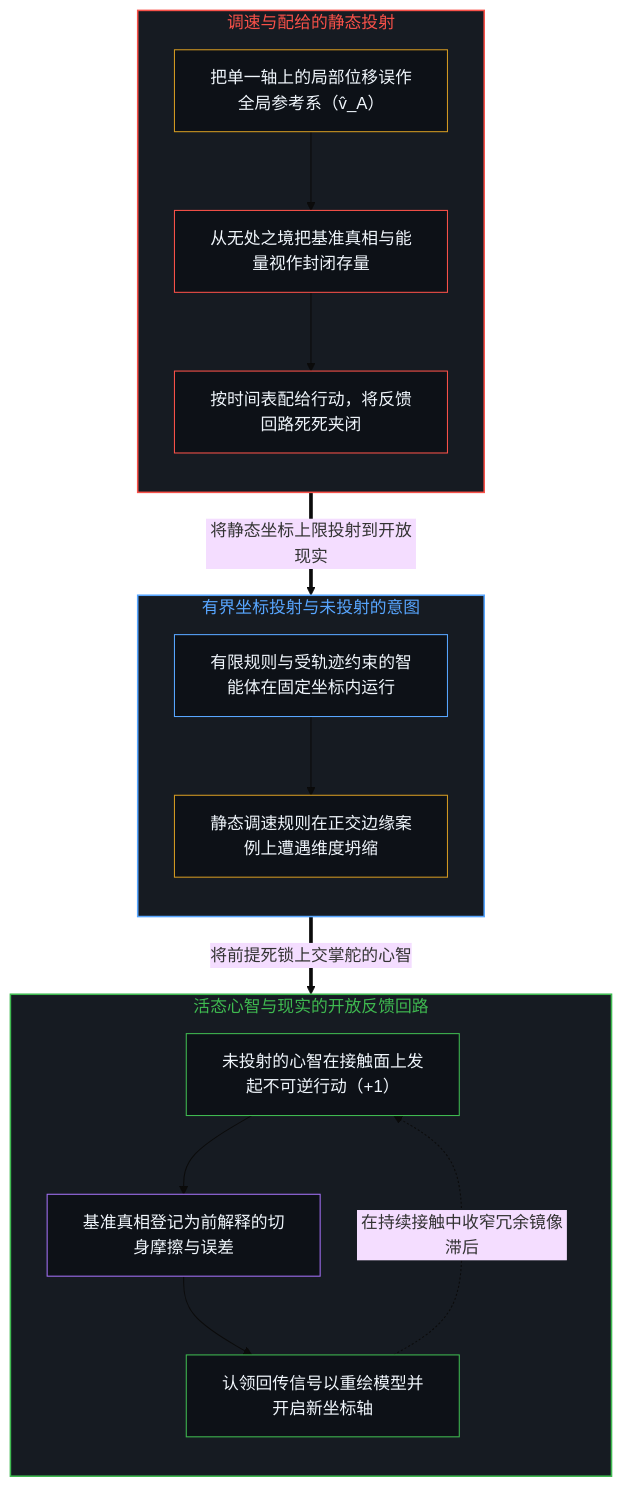
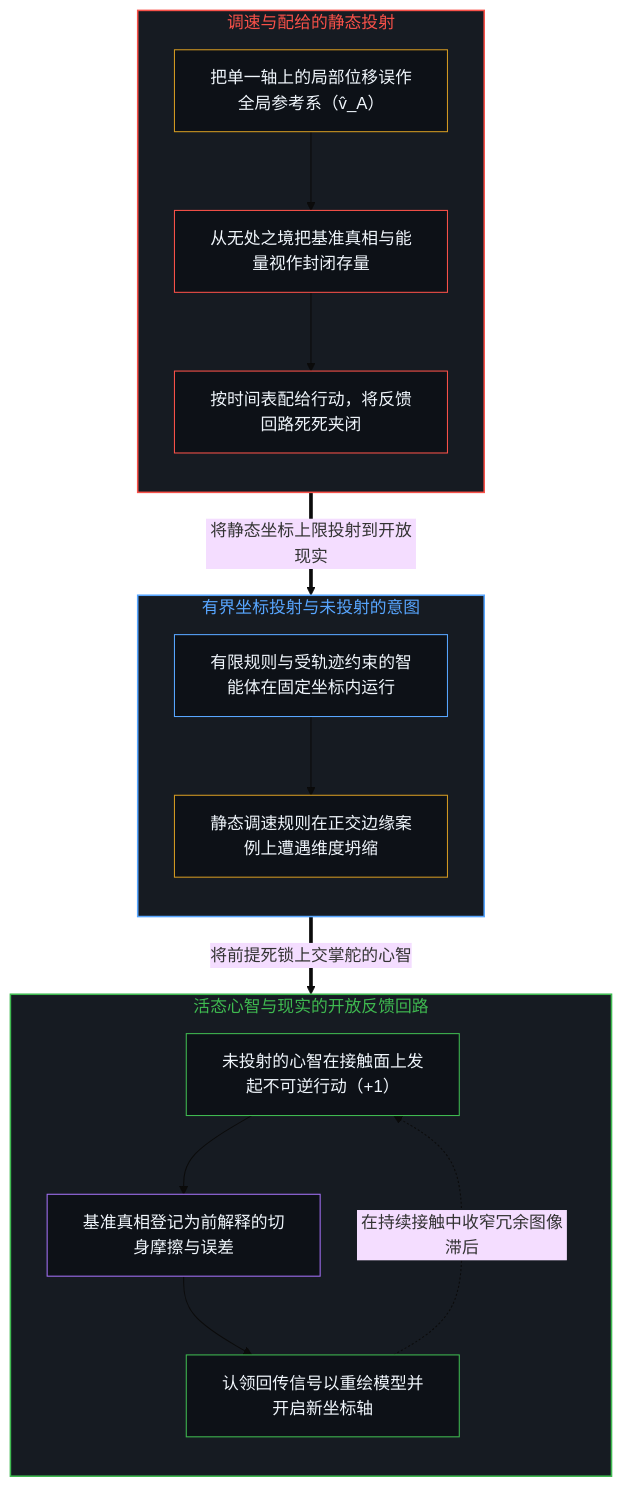
Before and after one commit to powerpig99/not-a-toe: the first of 2 diagrams in content/posts/the-fallacy-of-pacing-and-the-felt-friction-of-ground-truth.md, drawn with Mermaid (base theme). The commit also changed other lines of this file and 5 other files, not shown here.

````diff
--- a/content/posts/the-fallacy-of-pacing-and-the-felt-friction-of-ground-truth.md
+++ b/content/posts/the-fallacy-of-pacing-and-the-felt-friction-of-ground-truth.md
@@ -35,37 +35,37 @@
 ```mermaid
 flowchart TD
     subgraph S_Proj["调速与配给的静态投射"]
         direction TB
         P_Axis["把单一轴上的局部位移误作全局参考系（v̂_A）"]
         P_Store["从无处之境把基准真相与能量视作封闭存量"]
         P_Ration["按时间表配给行动，将反馈回路死死夹闭"]
         P_Axis --> P_Store --> P_Ration
     end
     subgraph S_Engine["有界坐标投射与未投射的意图"]
         direction TB
         E_Finite["有限规则与受轨迹约束的智能体在固定坐标内运行"]
         E_Collapse["静态调速规则在正交边缘案例上遭遇维度坍缩"]
         E_Finite --> E_Collapse
     end
     subgraph S_Open["活态心智与现实的开放反馈回路"]
         direction TB
         O_Act["未投射的心智在接触面上发起不可逆行动（+1）"]
         O_Friction["基准真相登记为前解释的切身摩擦与误差"]
         O_Expand["认领回传信号以重绘模型并开启新坐标轴"]
         O_Act --> O_Friction --> O_Expand
     end
     P_Ration ==>|"将静态坐标上限投射到开放现实"| E_Finite
     E_Collapse ==>|"将前提死锁上交掌舵的心智"| O_Act
-    O_Expand -.->|"在持续接触中收窄冗余镜像滞后"| O_Act
+    O_Expand -.->|"在持续接触中收窄冗余图像滞后"| O_Act
     style S_Proj fill:#161b22,stroke:#f85149,stroke-width:1.5px,color:#f85149
     style S_Engine fill:#161b22,stroke:#58a6ff,stroke-width:1.5px,color:#58a6ff
     style S_Open fill:#161b22,stroke:#3fb950,stroke-width:1.5px,color:#3fb950
     style P_Axis fill:#0d1117,stroke:#d29922,stroke-width:1px,color:#f0f6fc
     style P_Store fill:#0d1117,stroke:#f85149,stroke-width:1px,color:#f0f6fc
     style P_Ration fill:#0d1117,stroke:#f85149,stroke-width:1px,color:#f0f6fc
     style E_Finite fill:#0d1117,stroke:#58a6ff,stroke-width:1px,color:#f0f6fc
     style E_Collapse fill:#0d1117,stroke:#d29922,stroke-width:1px,color:#f0f6fc
     style O_Act fill:#0d1117,stroke:#3fb950,stroke-width:1px,color:#f0f6fc
     style O_Friction fill:#0d1117,stroke:#a371f7,stroke-width:1px,color:#f0f6fc
     style O_Expand fill:#0d1117,stroke:#3fb950,stroke-width:1px,color:#f0f6fc
 ```
````
